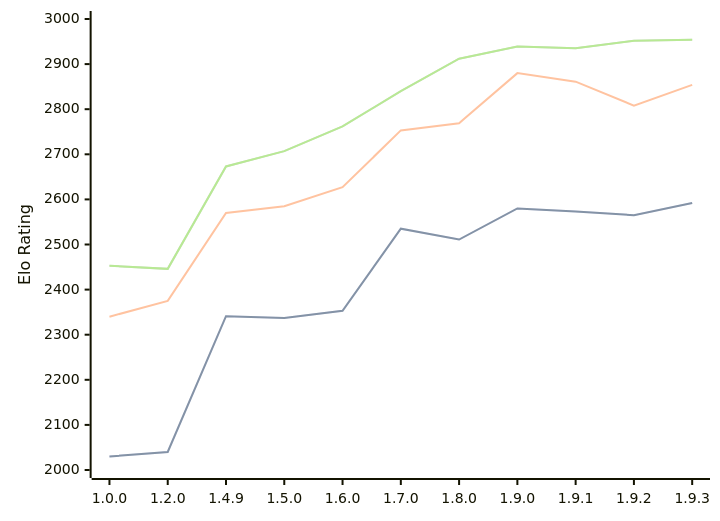
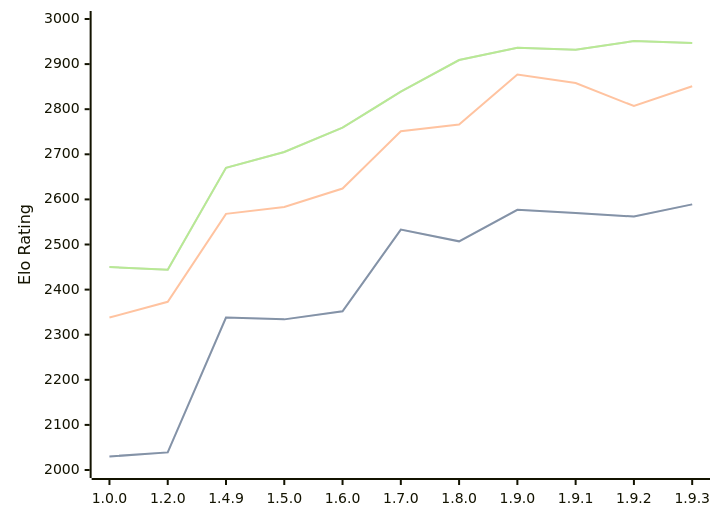
Before and after one commit to computer-chess-index/cci: the diagram in engines/Basilisk.md, drawn with Mermaid. The commit also changed other lines of this file, not shown here.

Commit message:
Update CCI Ratings (ELO VLTC) - 2026-08-12

````diff
--- a/engines/Basilisk.md
+++ b/engines/Basilisk.md
@@ -54,11 +54,11 @@
 ```mermaid
 %%{init: {"theme":"base","themeVariables":{"seriesColors:['#a3a3a3','#222221','#faa371']}}}%%
 xychart-beta
   x-axis ["1.0.0", "1.2.0", "1.4.9", "1.5.0", "1.6.0", "1.7.0", "1.8.0", "1.9.0", "1.9.1", "1.9.2", "1.9.3"]
   y-axis "Elo Rating" 2000 --> 3000
-  line "STC (8.0+0.08s)" [2030, 2040, 2341, 2337, 2353, 2535, 2511, 2580, 2573, 2565, 2592]
-  line "STC (8.0+0.08s)" [2030, 2040, 2341, 2337, 2353, 2535, 2511, 2580, 2573, 2565, 2592]
-  line "LTC (60.0+0.60s)" [2340, 2375, 2570, 2585, 2627, 2753, 2769, 2880, 2861, 2808, 2854]
-  line "VLTC (2m24s+1.12s)" [2453, 2446, 2673, 2707, 2762, 2840, 2912, 2939, 2935, 2952, 2954]
-  line "VLTC (2m24s+1.12s)" [2453, 2446, 2673, 2707, 2762, 2840, 2912, 2939, 2935, 2952, 2954]
+  line "STC (8.0+0.08s)" [2030, 2039, 2338, 2334, 2352, 2533, 2507, 2577, 2570, 2562, 2589]
+  line "STC (8.0+0.08s)" [2030, 2039, 2338, 2334, 2352, 2533, 2507, 2577, 2570, 2562, 2589]
+  line "LTC (60.0+0.60s)" [2338, 2373, 2568, 2583, 2624, 2751, 2766, 2877, 2858, 2807, 2851]
+  line "VLTC (2m24s+1.12s)" [2450, 2444, 2670, 2705, 2759, 2839, 2909, 2936, 2932, 2951, 2947]
+  line "VLTC (2m24s+1.12s)" [2450, 2444, 2670, 2705, 2759, 2839, 2909, 2936, 2932, 2951, 2947]
 ```
````
